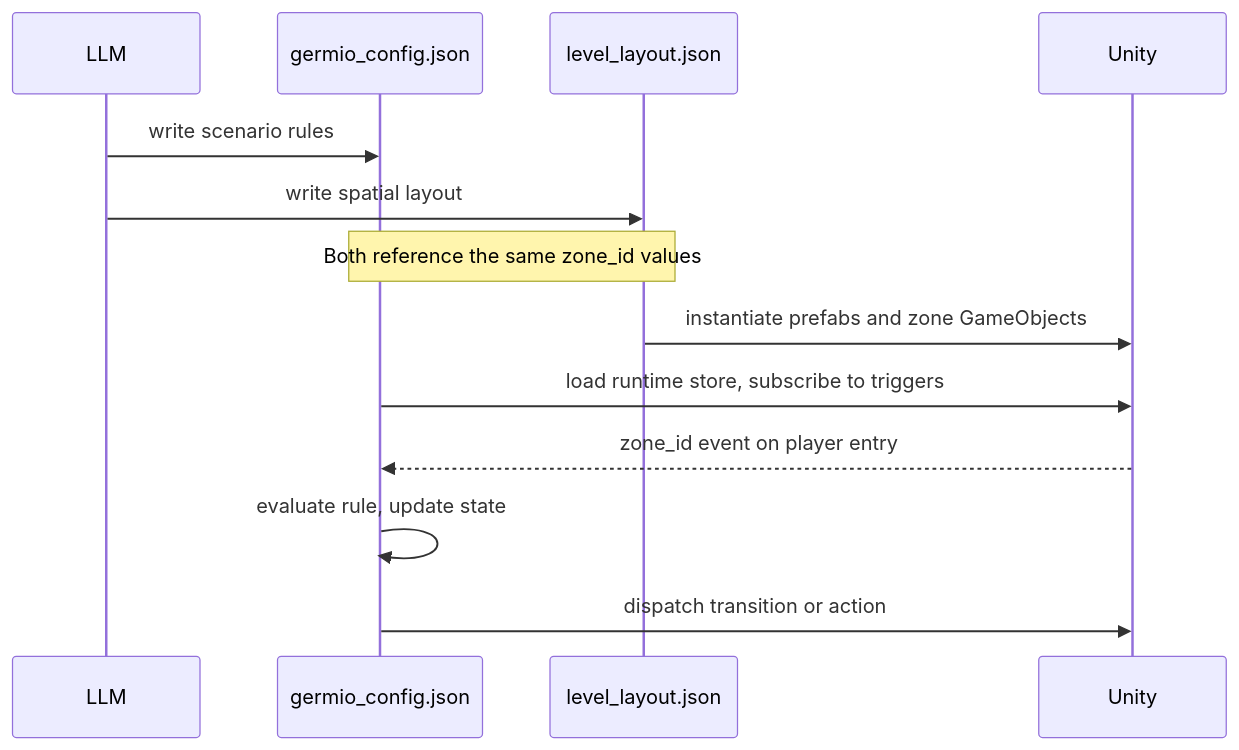
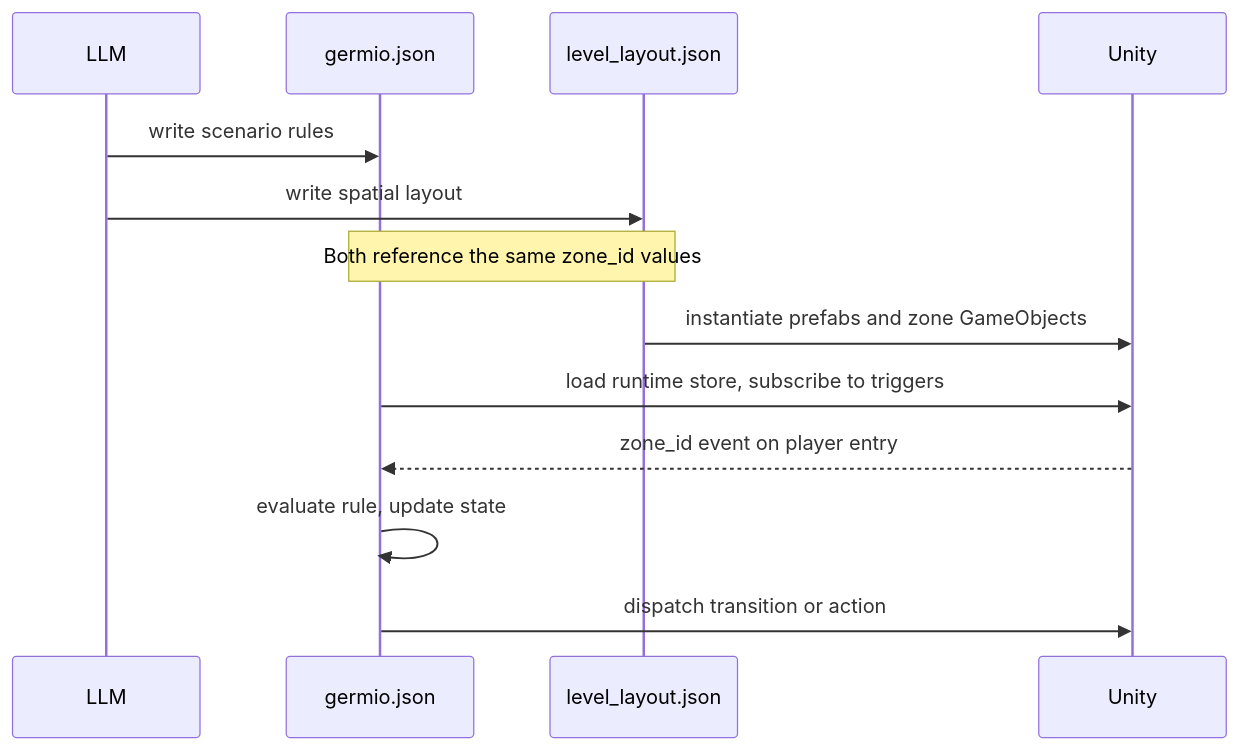
Before and after one commit to hiroxpepe/briko: diagram 11 of 39 in docs/briko_spec.md, drawn with Mermaid. The commit also changed other lines of this file and 2 other files, not shown here.

````diff
--- a/docs/briko_spec.md
+++ b/docs/briko_spec.md
@@ -349,18 +349,18 @@
 ```mermaid
 sequenceDiagram
     participant LLM
-    participant Germio as germio_config.json
+    participant Germio as germio.json
     participant Briko as level_layout.json
     participant Unity
 
     LLM->>Germio: write scenario rules
     LLM->>Briko: write spatial layout
     Note over Germio,Briko: Both reference the same zone_id values
 
     Briko->>Unity: instantiate prefabs and zone GameObjects
     Germio->>Unity: load runtime store, subscribe to triggers
 
     Unity-->>Germio: zone_id event on player entry
     Germio->>Germio: evaluate rule, update state
     Germio->>Unity: dispatch transition or action
 ```
````
